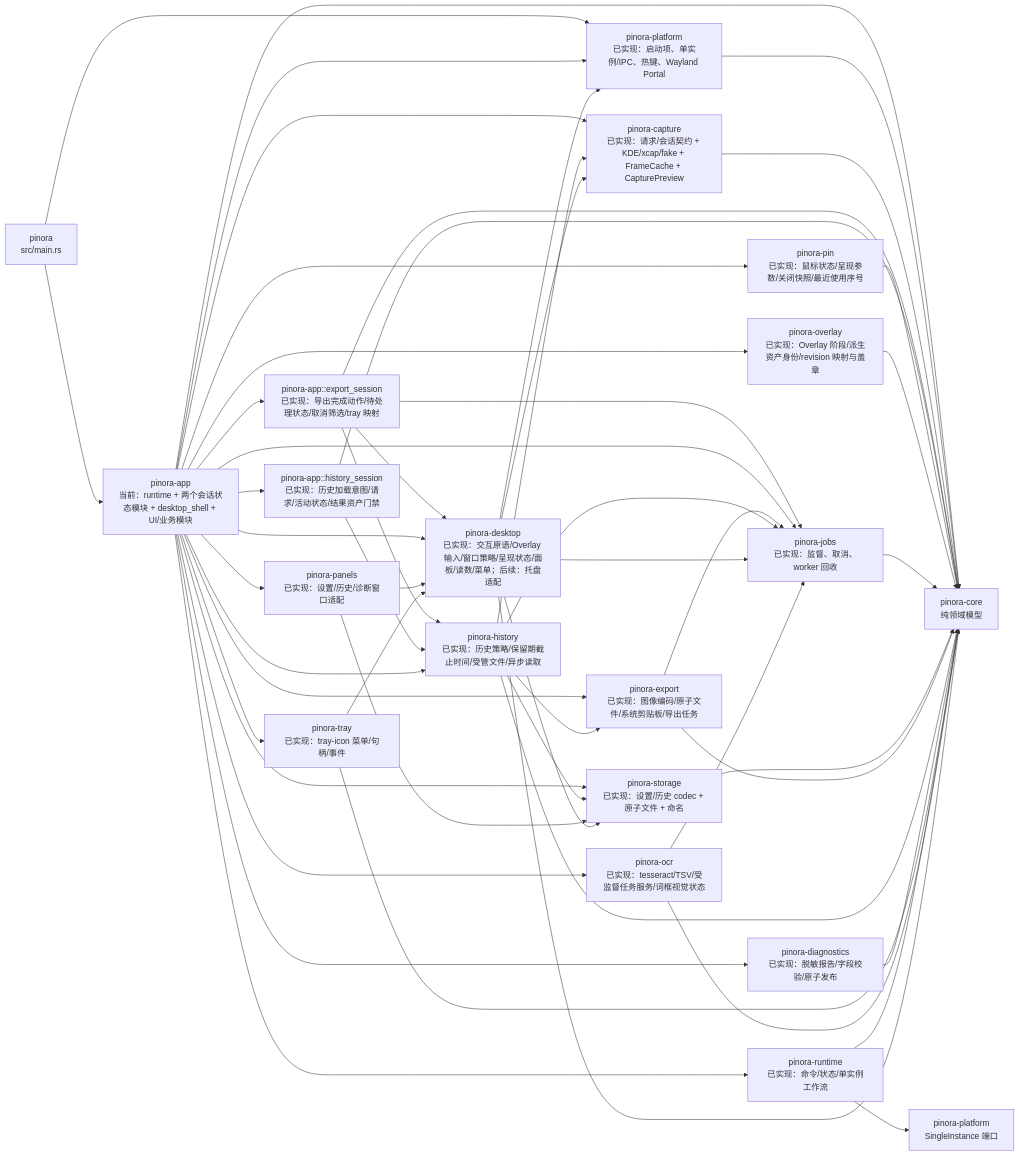
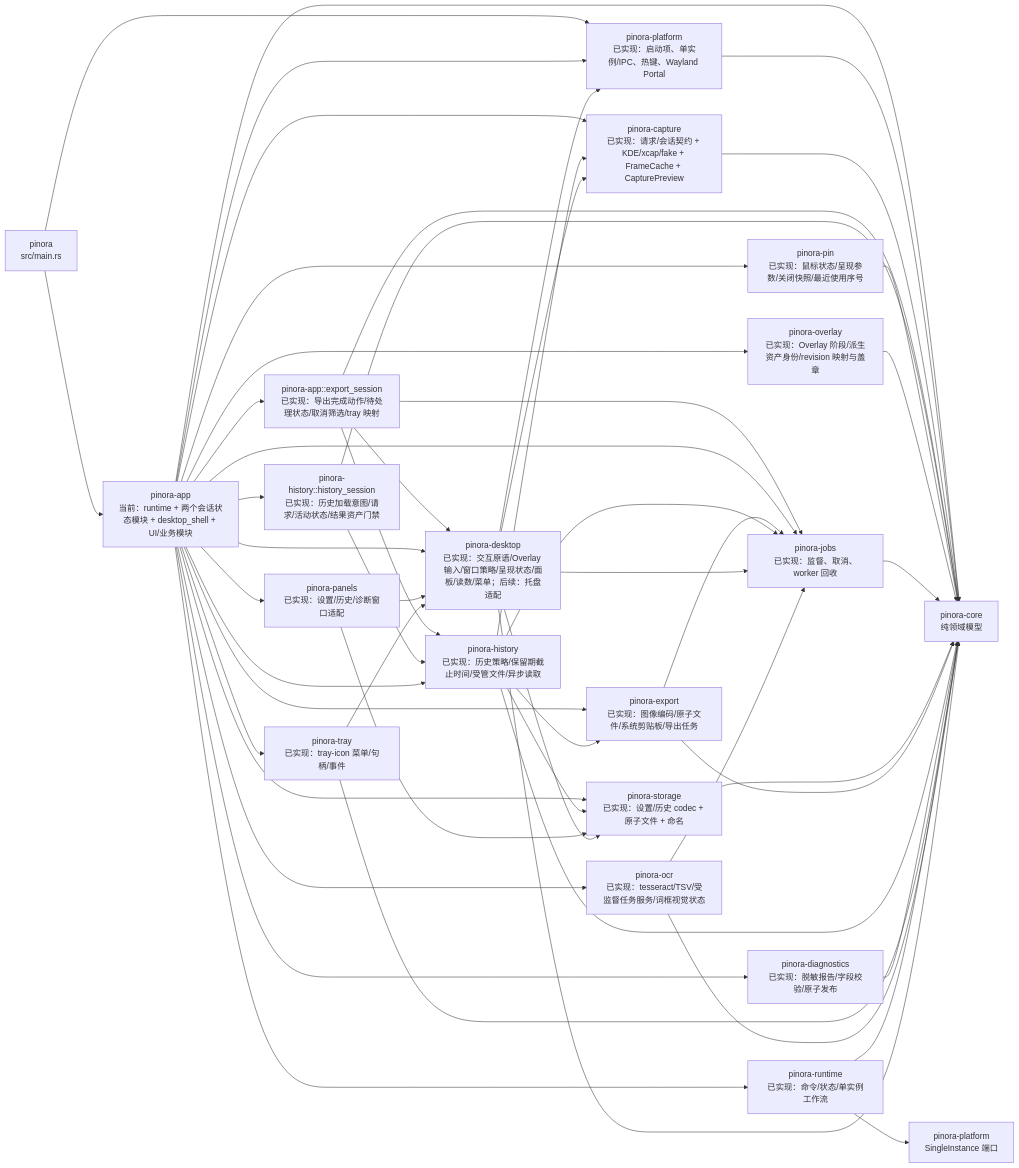
Before and after one commit to yhyzgn/pinora: the third of 29 diagrams in docs/Pinora-开发设计文档.md, drawn with Mermaid. The commit also changed other lines of this file and 10 other files, not shown here.

First line of the commit message:
refactor(history): move load session to history crate

````diff
--- a/docs/Pinora-开发设计文档.md
+++ b/docs/Pinora-开发设计文档.md
@@ -236,56 +236,56 @@
 ```mermaid
 flowchart LR
     Main["pinora\nsrc/main.rs"] --> App["pinora-app\n当前：runtime + 两个会话状态模块 + desktop_shell + UI/业务模块"]
     Main --> Platform["pinora-platform\n已实现：启动项、单实例/IPC、热键、Wayland Portal"]
     App --> Platform
     App --> Core["pinora-core\n纯领域模型"]
     Platform --> Core
 
     App --> CaptureNow["pinora-capture\n已实现：请求/会话契约 + KDE/xcap/fake + FrameCache + CapturePreview"]
     CaptureNow --> Core
     App --> ExportSession["pinora-app::export_session\n已实现：导出完成动作/待处理状态/取消筛选/tray 映射"]
     ExportSession --> Core
     ExportSession --> HistoryNow
     ExportSession --> Desktop
     ExportSession --> JobsNow
-    App --> HistorySession["pinora-app::history_session\n已实现：历史加载意图/请求/活动状态/结果资产门禁"]
+    App --> HistorySession["pinora-history::history_session\n已实现：历史加载意图/请求/活动状态/结果资产门禁"]
     HistorySession --> Core
     HistorySession --> HistoryNow
     App --> PinSession["pinora-pin\n已实现：鼠标状态/呈现参数/关闭快照/最近使用序号"]
     PinSession --> Core
     App --> OverlaySession["pinora-overlay\n已实现：Overlay 阶段/派生资产身份/revision 映射与盖章"]
     OverlaySession --> Core
     App --> JobsNow["pinora-jobs\n已实现：监督、取消、worker 回收"]
     JobsNow --> Core
     App --> StorageNow["pinora-storage\n已实现：设置/历史 codec + 原子文件 + 命名"]
     StorageNow --> Core
     App --> Desktop["pinora-desktop\n已实现：交互原语/Overlay 输入/窗口策略/呈现状态/面板/读数/菜单；后续：托盘适配"]
     App --> ExportNow["pinora-export\n已实现：图像编码/原子文件/系统剪贴板/导出任务"]
     ExportNow --> Core
     ExportNow --> JobsNow
     App --> HistoryNow["pinora-history\n已实现：历史策略/保留期截止时间/受管文件/异步读取"]
     HistoryNow --> Core
     HistoryNow --> StorageNow
     HistoryNow --> CaptureNow
     HistoryNow --> JobsNow
     HistoryNow --> ExportNow
     App --> DiagnosticsNow["pinora-diagnostics\n已实现：脱敏报告/字段校验/原子发布"]
     DiagnosticsNow --> Core
     App --> PanelsNow["pinora-panels\n已实现：设置/历史/诊断窗口适配"]
     PanelsNow --> Desktop
     PanelsNow --> StorageNow
     App --> TrayNow["pinora-tray\n已实现：tray-icon 菜单/句柄/事件"]
     TrayNow --> Core
     TrayNow --> Desktop
     App --> RuntimeNow["pinora-runtime\n已实现：命令/状态/单实例工作流"]
     RuntimeNow --> Core
     RuntimeNow --> PlatformNow["pinora-platform\nSingleInstance 端口"]
     App --> Ocr["pinora-ocr\n已实现：tesseract/TSV/受监督任务服务/词框视觉状态"]
     Ocr --> Core
     Desktop --> Core
     Desktop --> Platform
     Desktop --> CaptureNow
     Desktop --> JobsNow
     Desktop --> StorageNow
     Ocr --> JobsNow
 ```
````
